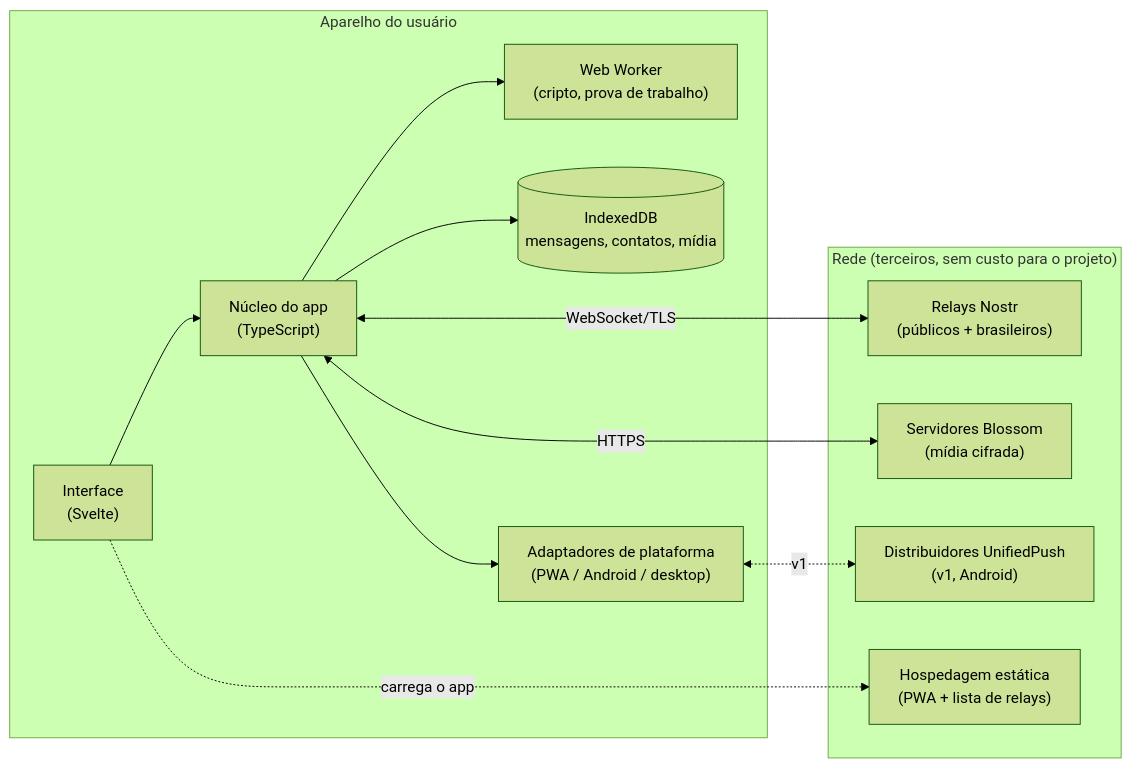
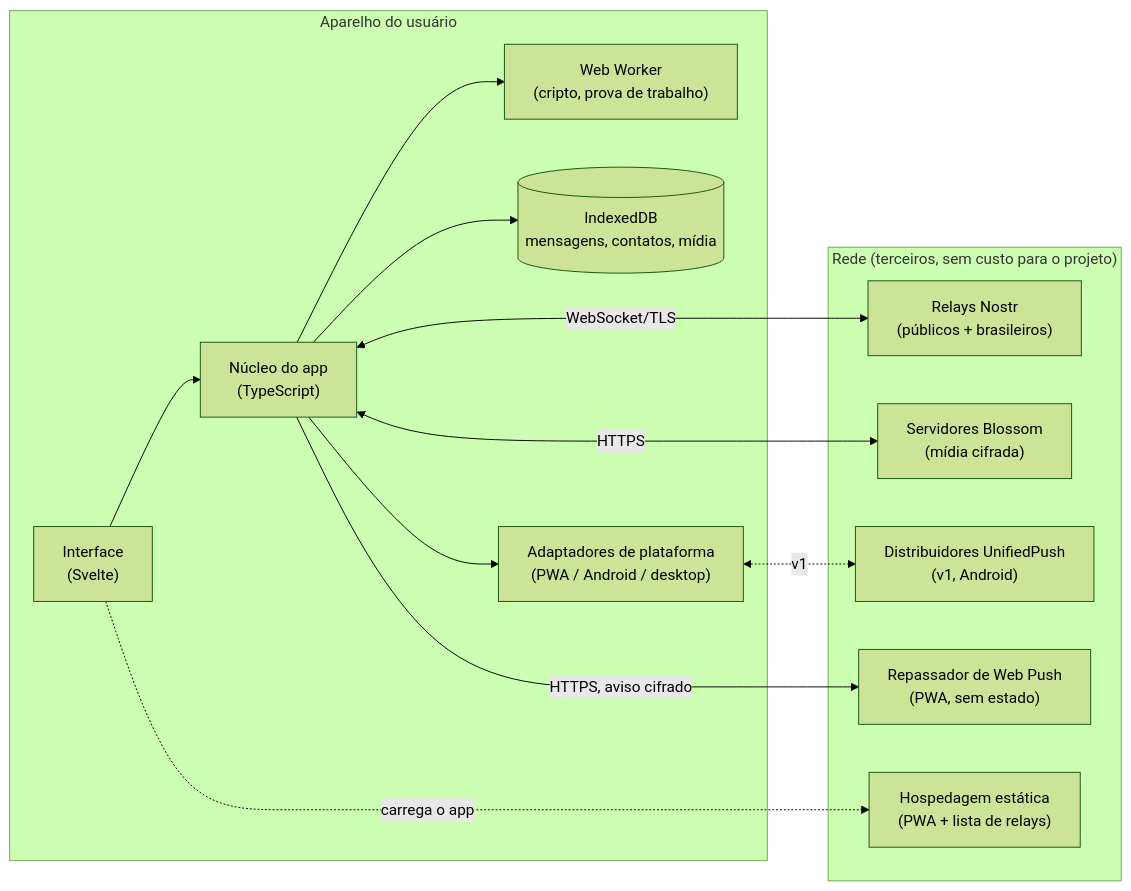
One commit to capaca/lerolero changed the first of 3 diagrams in docs/05-arquitetura.md. Above: the diagram before and after it, drawn with Mermaid (forest theme). The commit also changed other lines of this file and 9 other files, not shown here.

First line of the commit message:
Decisão do Q-M2: notificações por Web Push no PWA antes do beta, com repassador no Cloudflare Workers (ADR-0010) (#97)

````diff
--- a/docs/05-arquitetura.md
+++ b/docs/05-arquitetura.md
@@ -10,26 +10,28 @@
 ```mermaid
 flowchart LR
   subgraph Aparelho["Aparelho do usuário"]
     UI["Interface<br/>(Svelte)"]
     Core["Núcleo do app<br/>(TypeScript)"]
     Worker["Web Worker<br/>(cripto, prova de trabalho)"]
     DB[("IndexedDB<br/>mensagens, contatos, mídia")]
     Plat["Adaptadores de plataforma<br/>(PWA / Android / desktop)"]
     UI --> Core
     Core --> Worker
     Core --> DB
     Core --> Plat
   end
 
   subgraph Rede["Rede (terceiros, sem custo para o projeto)"]
     Relays["Relays Nostr<br/>(públicos + brasileiros)"]
     Blossom["Servidores Blossom<br/>(mídia cifrada)"]
     UP["Distribuidores UnifiedPush<br/>(v1, Android)"]
+    Rep["Repassador de Web Push<br/>(PWA, sem estado)"]
     Static["Hospedagem estática<br/>(PWA + lista de relays)"]
   end
 
   Core <-->|WebSocket/TLS| Relays
   Core <-->|HTTPS| Blossom
+  Core -->|HTTPS, aviso cifrado| Rep
   Plat <-.->|v1| UP
   UI -.->|carrega o app| Static
 ```
````
